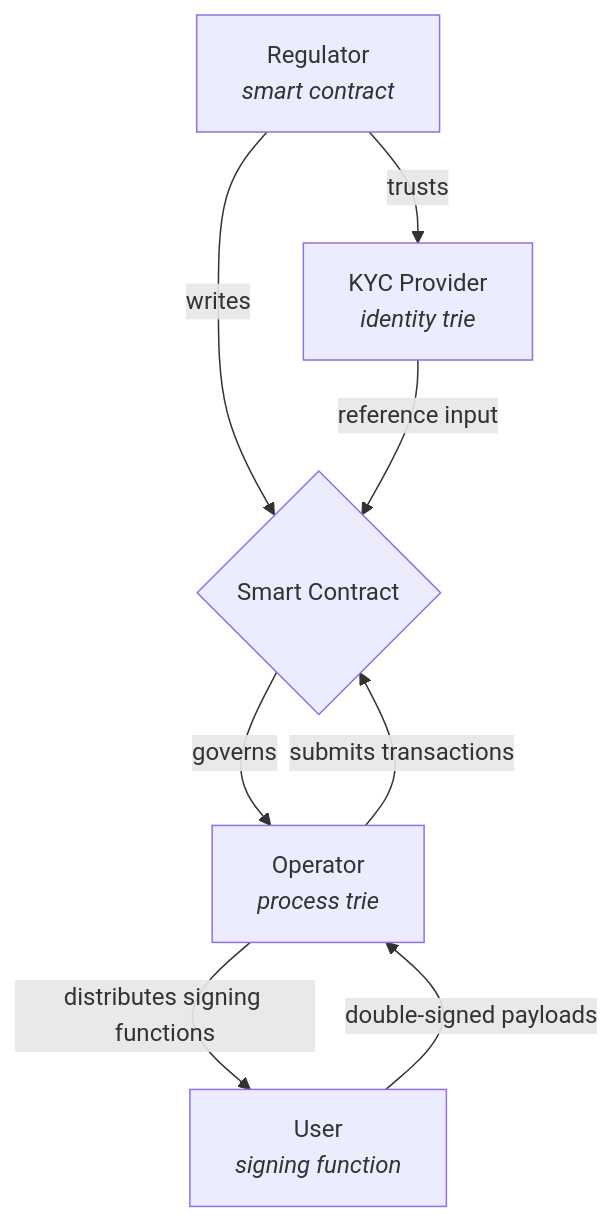
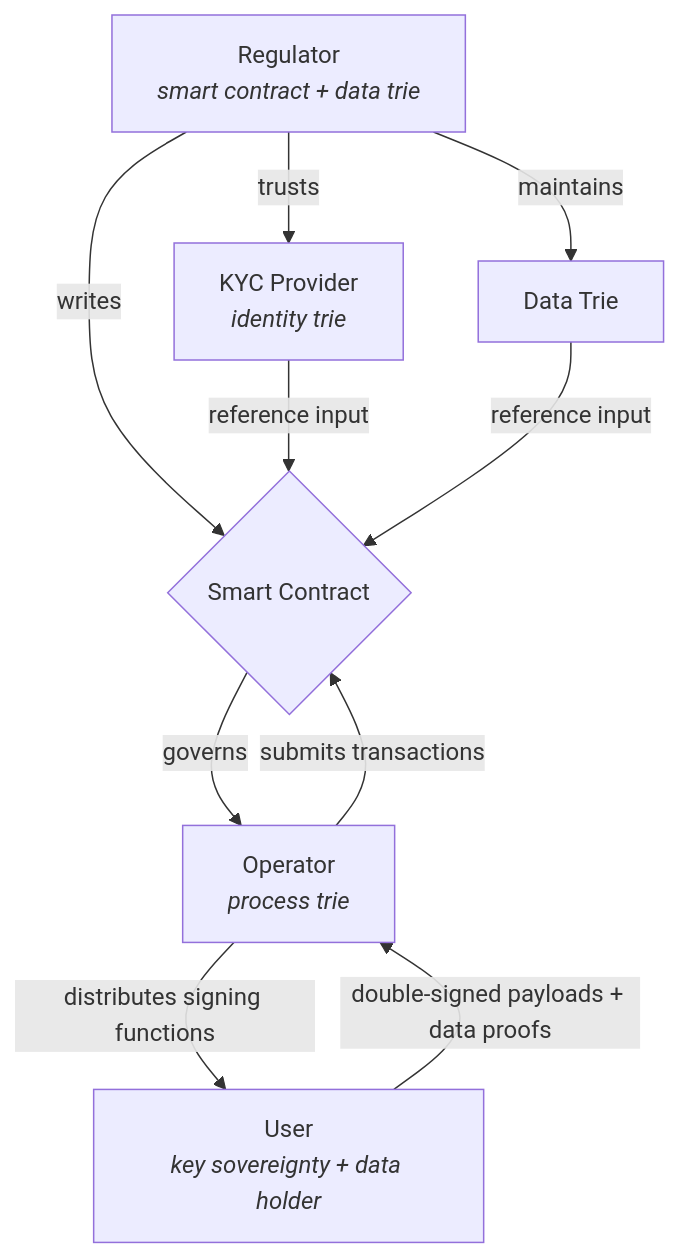
Before and after one commit to lambdasistemi/cardano-for-regulators: the first of 19 diagrams in docs/framework/schema.md, drawn with Mermaid. The commit also changed other lines of this file, not shown here.

First line of the commit message:
docs: refine KYC role, user sovereignty, and data disclosure model

````diff
--- a/docs/framework/schema.md
+++ b/docs/framework/schema.md
@@ -11,15 +11,17 @@
 ```mermaid
 graph TB
     KYC[KYC Provider<br/><i>identity trie</i>]
-    REG[Regulator<br/><i>smart contract</i>]
+    REG[Regulator<br/><i>smart contract + data trie</i>]
     OP[Operator<br/><i>process trie</i>]
-    U[User<br/><i>signing function</i>]
+    U[User<br/><i>key sovereignty + data holder</i>]
 
     REG -->|writes| SC{Smart Contract}
     REG -->|trusts| KYC
+    REG -->|maintains| DT[Data Trie]
     SC -->|governs| OP
     KYC -->|reference input| SC
+    DT -->|reference input| SC
     OP -->|distributes signing functions| U
-    U -->|double-signed payloads| OP
+    U -->|double-signed payloads + data proofs| OP
     OP -->|submits transactions| SC
 ```
````
